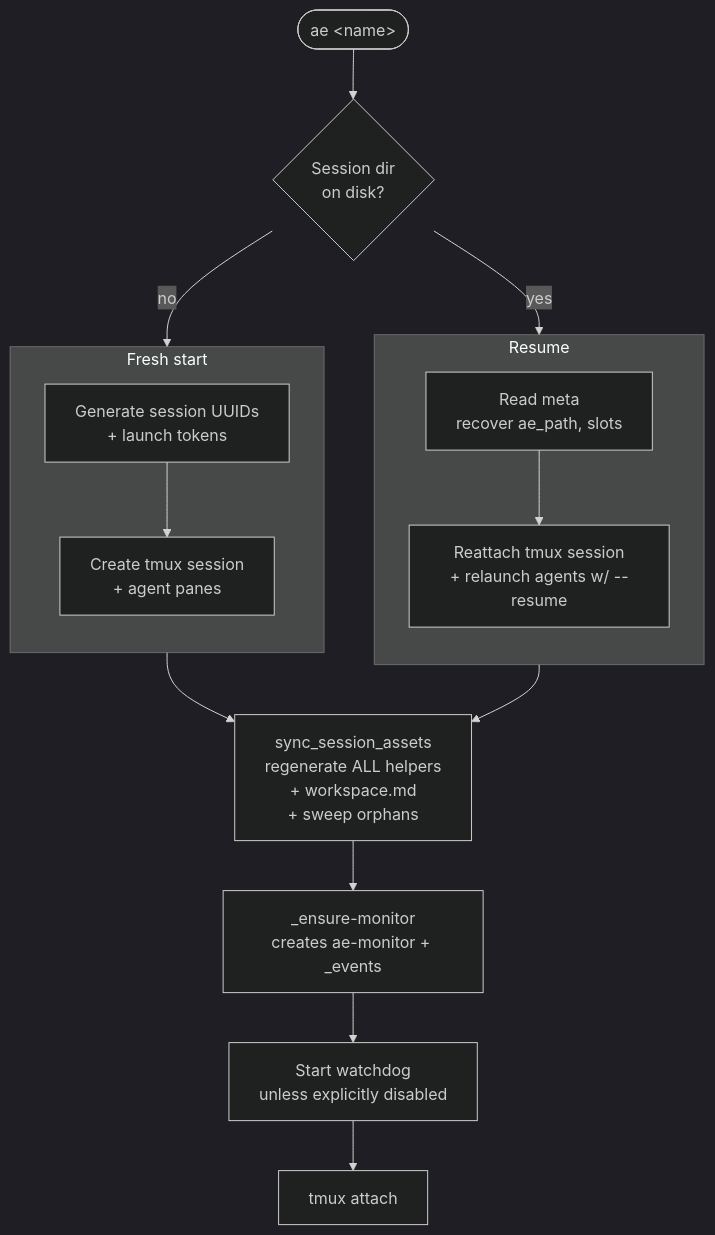
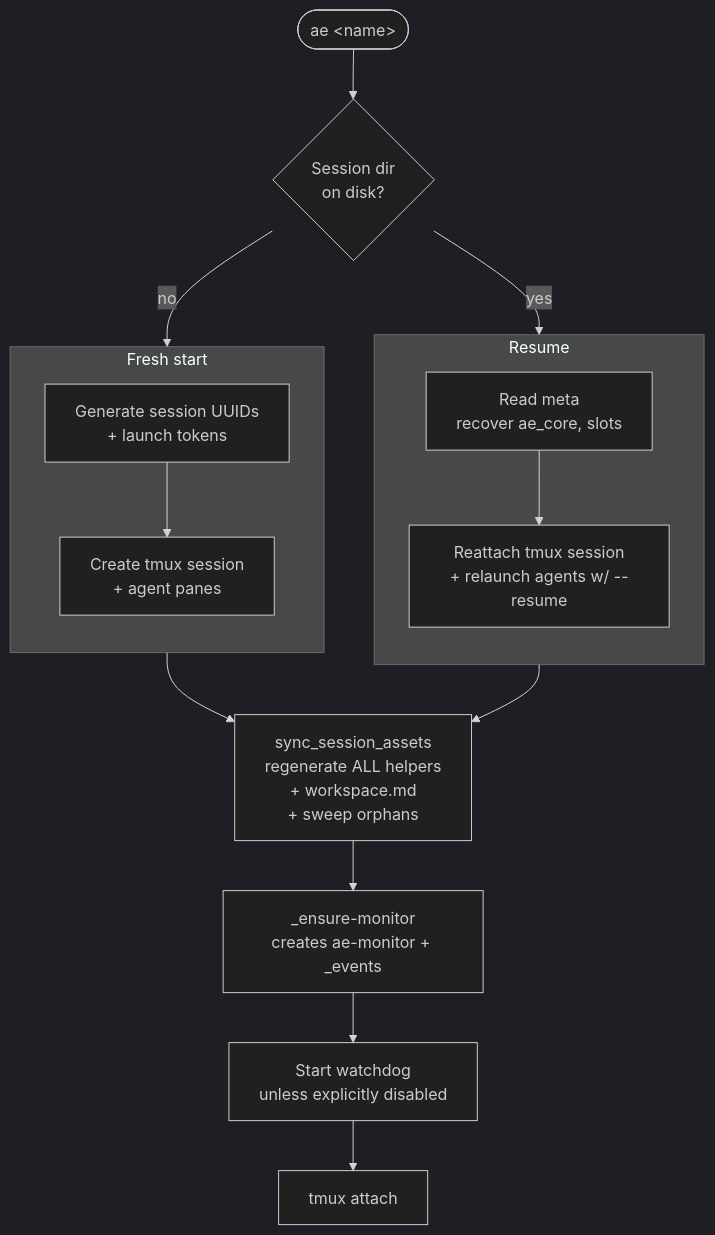
Before and after one commit to clemens33/ae: the second of 2 diagrams in docs/internals/architecture.md, drawn with Mermaid (dark theme). The commit also changed other lines of this file and 13 other files, not shown here.

````diff
--- a/docs/internals/architecture.md
+++ b/docs/internals/architecture.md
@@ -36,26 +37,26 @@
 ```mermaid
 flowchart TB
     Cmd([ae &lt;name&gt;]) --> Check{Session dir<br/>on disk?}
     Check -- no --> Fresh
     Check -- yes --> Resume
 
     subgraph Fresh ["Fresh start"]
         direction TB
         F1[Generate session UUIDs<br/>+ launch tokens]
         F2[Create tmux session<br/>+ agent panes]
         F1 --> F2
     end
 
     subgraph Resume ["Resume"]
         direction TB
-        R1[Read meta<br/>recover ae_path, slots]
+        R1[Read meta<br/>recover ae_core, slots]
         R2[Reattach tmux session<br/>+ relaunch agents w/ --resume]
         R1 --> R2
     end
 
     Fresh --> Sync[sync_session_assets<br/>regenerate ALL helpers<br/>+ workspace.md<br/>+ sweep orphans]
     Resume --> Sync
     Sync --> Mon[_ensure-monitor<br/>creates ae-monitor + _events]
     Mon --> Watchdog[Start watchdog<br/>unless explicitly disabled]
     Watchdog --> Attach[tmux attach]
 ```
````
